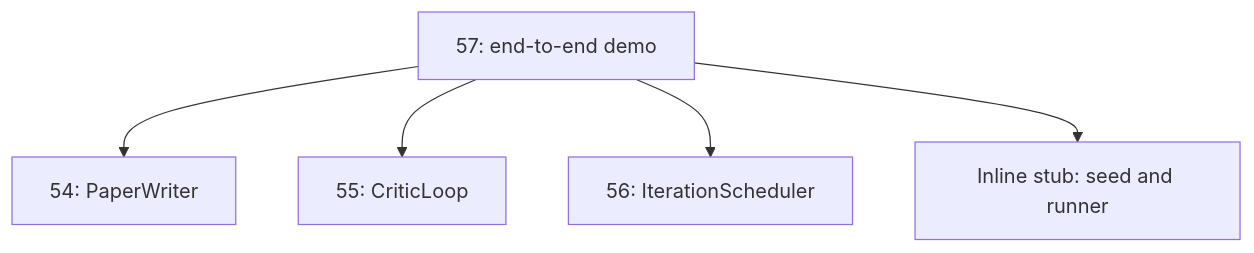
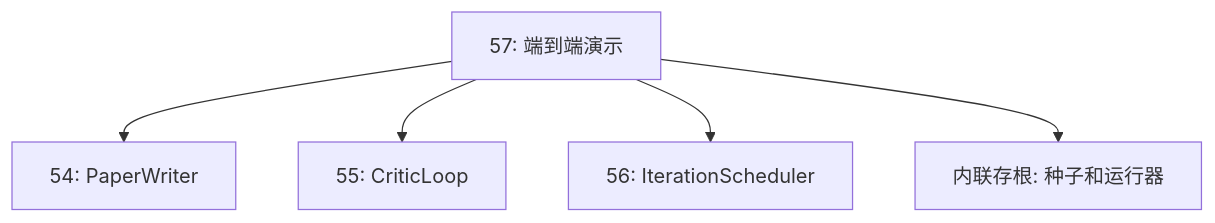
One commit to guangningsun/ailearning changed the second of 3 diagrams in lessons/19-capstone-projects/57-end-to-end-research-demo/docs/zh.md. Above: the diagram before and after it, drawn with Mermaid. The commit also changed other lines of this file and 85 other files, not shown here.

````diff
--- a/lessons/19-capstone-projects/57-end-to-end-research-demo/docs/zh.md
+++ b/lessons/19-capstone-projects/57-end-to-end-research-demo/docs/zh.md
@@ -39,7 +39,7 @@
 ```mermaid
 flowchart TB
-    Demo[57: end-to-end demo] --> A[54: PaperWriter]
+    Demo[57: 端到端演示] --> A[54: PaperWriter]
     Demo --> B[55: CriticLoop]
     Demo --> C[56: IterationScheduler]
-    Demo --> Inline[Inline stub: seed and runner]
+    Demo --> Inline[内联存根: 种子和运行器]
 ```
````
